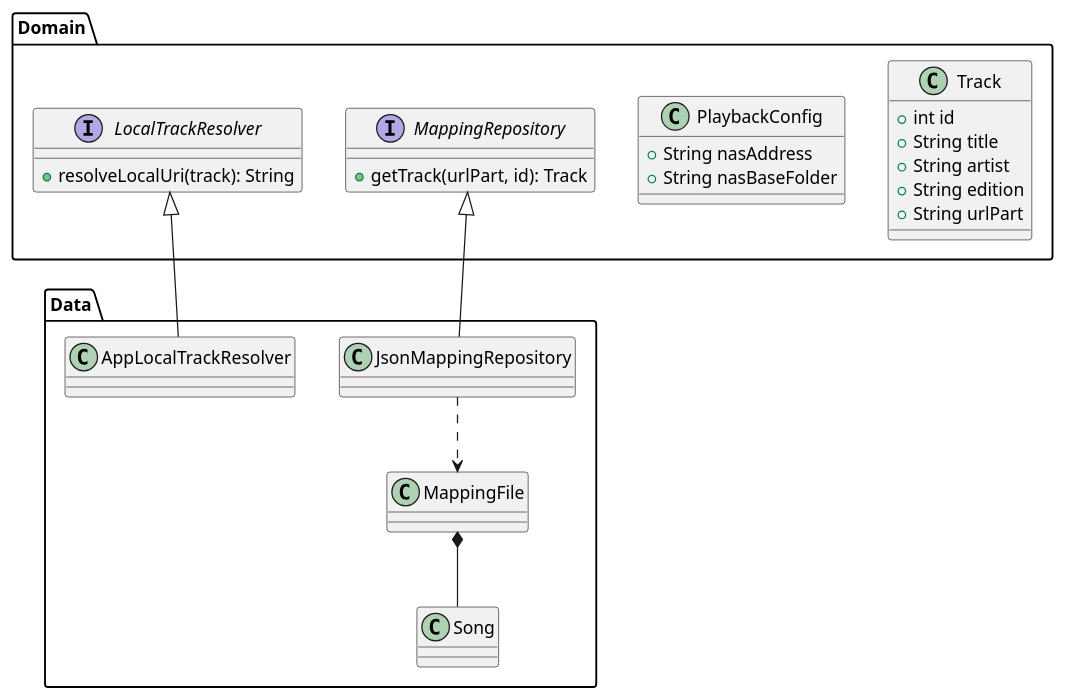
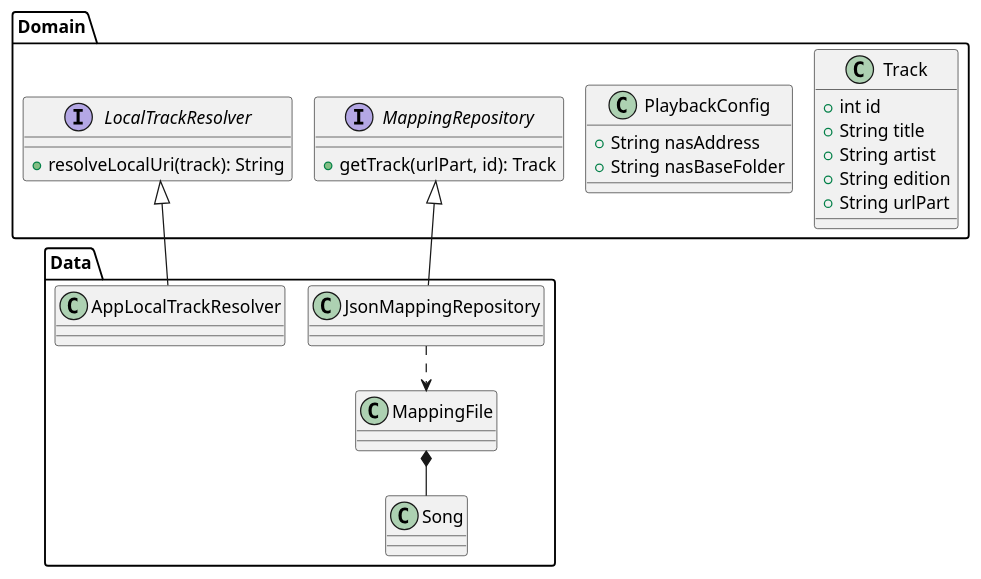
Before and after one commit to kindermaenner/play-my-music: the diagram in docs/architecture/diagrams/src/03_class.puml, drawn with PlantUML. The commit also changed 6 other files, not shown here.

```diff
--- a/docs/architecture/diagrams/src/03_class.puml
+++ b/docs/architecture/diagrams/src/03_class.puml
@@ -1,37 +1,38 @@
 @startuml
+!pragma layout smetana
 package "Domain" {
     class Track {
         +int id
         +String title
         +String artist
         +String edition
         +String urlPart
     }
 
     class PlaybackConfig {
         +String nasAddress
         +String nasBaseFolder
     }
 
     interface MappingRepository {
         +getTrack(urlPart, id): Track
     }
 
     interface LocalTrackResolver {
         +resolveLocalUri(track): String
     }
 }
 
 package "Data" {
     class JsonMappingRepository
     class AppLocalTrackResolver
     class MappingFile
     class Song
 }
 
 MappingRepository <|-- JsonMappingRepository
 LocalTrackResolver <|-- AppLocalTrackResolver
 
 JsonMappingRepository ..> MappingFile
 MappingFile *-- Song
 @enduml
```
